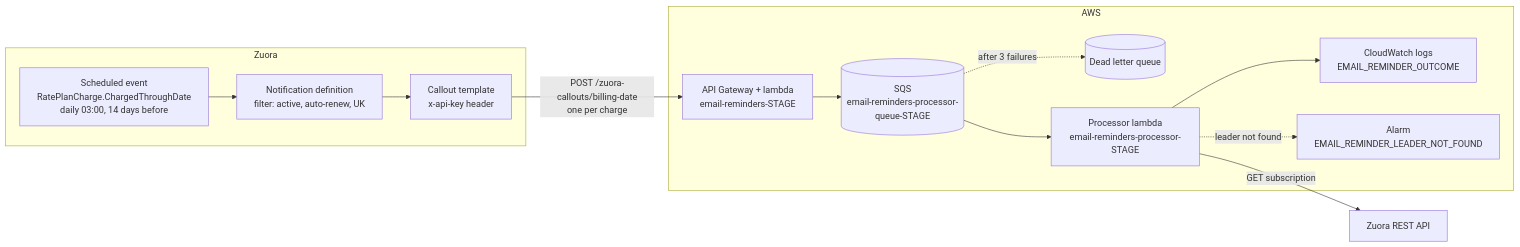
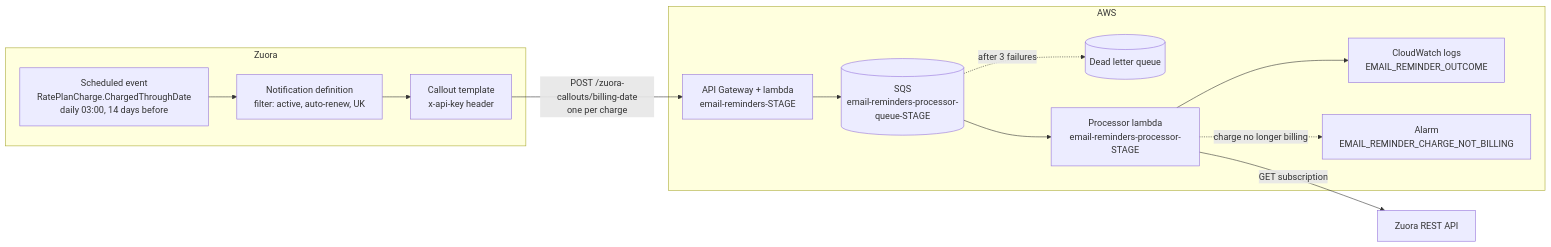
The diagram in handlers/email-reminders/README.md (guardian/support-service-lambdas), drawn with Mermaid before and after one commit. The commit also changed other lines of this file and 6 other files, not shown here.

Commit message:
email-reminders: rename leader charge to first charge

````diff
--- a/handlers/email-reminders/README.md
+++ b/handlers/email-reminders/README.md
@@ -9,26 +9,26 @@
 ```mermaid
 flowchart LR
     subgraph Zuora
         event["Scheduled event<br/>RatePlanCharge.ChargedThroughDate<br/>daily 03:00, 14 days before"]
         definition["Notification definition<br/>filter: active, auto-renew, UK"]
         template["Callout template<br/>x-api-key header"]
         event --> definition --> template
     end
 
     subgraph AWS
         api["API Gateway + lambda<br/>email-reminders-STAGE"]
         queue[("SQS<br/>email-reminders-processor-queue-STAGE")]
         dlq[("Dead letter queue")]
         processor["Processor lambda<br/>email-reminders-processor-STAGE"]
         logs["CloudWatch logs<br/>EMAIL_REMINDER_OUTCOME"]
-        alarm["Alarm<br/>EMAIL_REMINDER_LEADER_NOT_FOUND"]
+        alarm["Alarm<br/>EMAIL_REMINDER_CHARGE_NOT_BILLING"]
     end
 
     template -- "POST /zuora-callouts/billing-date<br/>one per charge" --> api
     api --> queue
     queue --> processor
     queue -. "after 3 failures" .-> dlq
     processor -- "GET subscription" --> zuoraApi["Zuora REST API"]
     processor --> logs
-    processor -. "leader not found" .-> alarm
+    processor -. "charge no longer billing" .-> alarm
 ```
````
